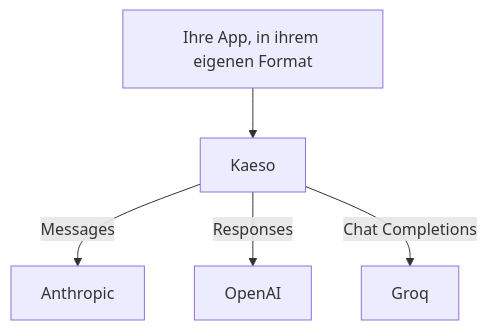
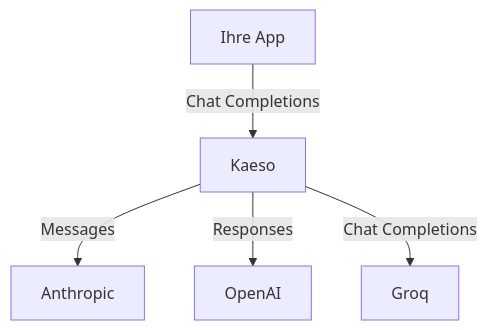
One commit to logicplanes/kaeso changed the diagram in apps/docs/content/de/concepts/providers.md. Above: the diagram before and after it, drawn with Mermaid. The commit also changed 59 other files, not shown here.

First line of the commit message:
Redraw the introduction's and concept pages' diagrams so each tells its story at a glance

````diff
--- a/apps/docs/content/de/concepts/providers.md
+++ b/apps/docs/content/de/concepts/providers.md
@@ -53,9 +53,9 @@
 ```mermaid
 flowchart TD
   accTitle: Eine App, viele Anbieter
-  accDescr: Eine App sendet jede Anfrage in ihrem eigenen Format. Kaeso übersetzt jede in das Format des Anbieters des Modells, etwa Messages für Anthropic, Responses für OpenAI und Chat Completions für Groq.
-  app[Ihre App, in ihrem eigenen Format] --> kaeso[Kaeso]
-  kaeso -- Messages --> anthropic[Anthropic]
-  kaeso -- Responses --> openai[OpenAI]
-  kaeso -- Chat Completions --> groq[Groq]
+  accDescr: Ihre App sendet jede Anfrage als Chat Completions. Kaeso übersetzt jede in das Format des Anbieters des Modells, etwa Messages für Anthropic, Responses für OpenAI und Chat Completions für Groq.
+  app[Ihre App]:::outside -- Chat Completions --> kaeso[Kaeso]:::accent
+  kaeso -- Messages --> anthropic[Anthropic]:::outside
+  kaeso -- Responses --> openai[OpenAI]:::outside
+  kaeso -- Chat Completions --> groq[Groq]:::outside
 ```
````
